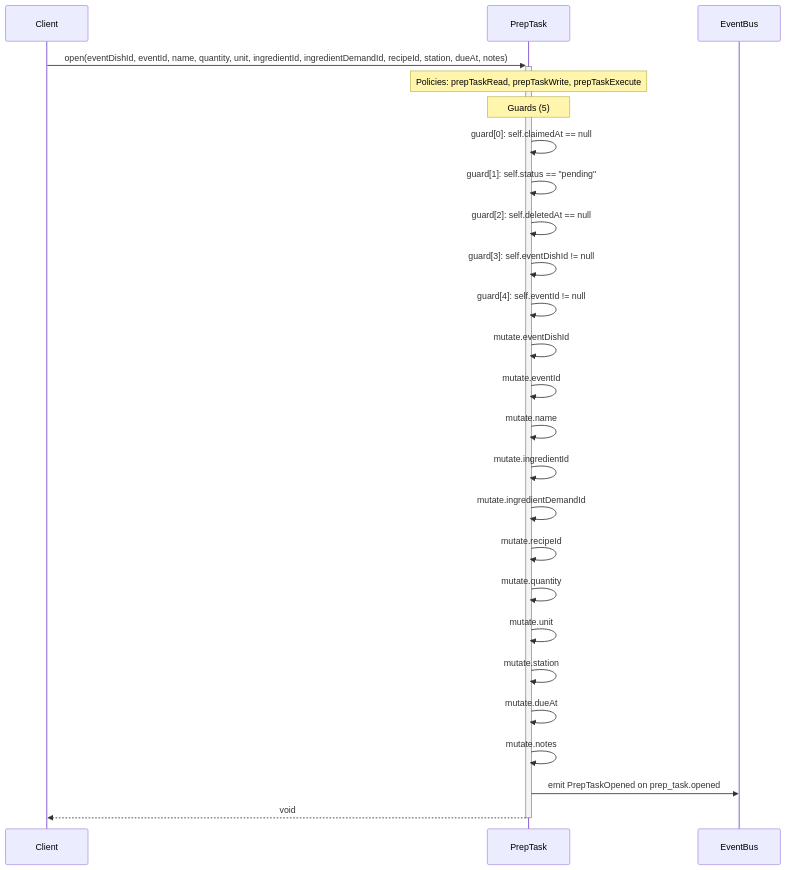
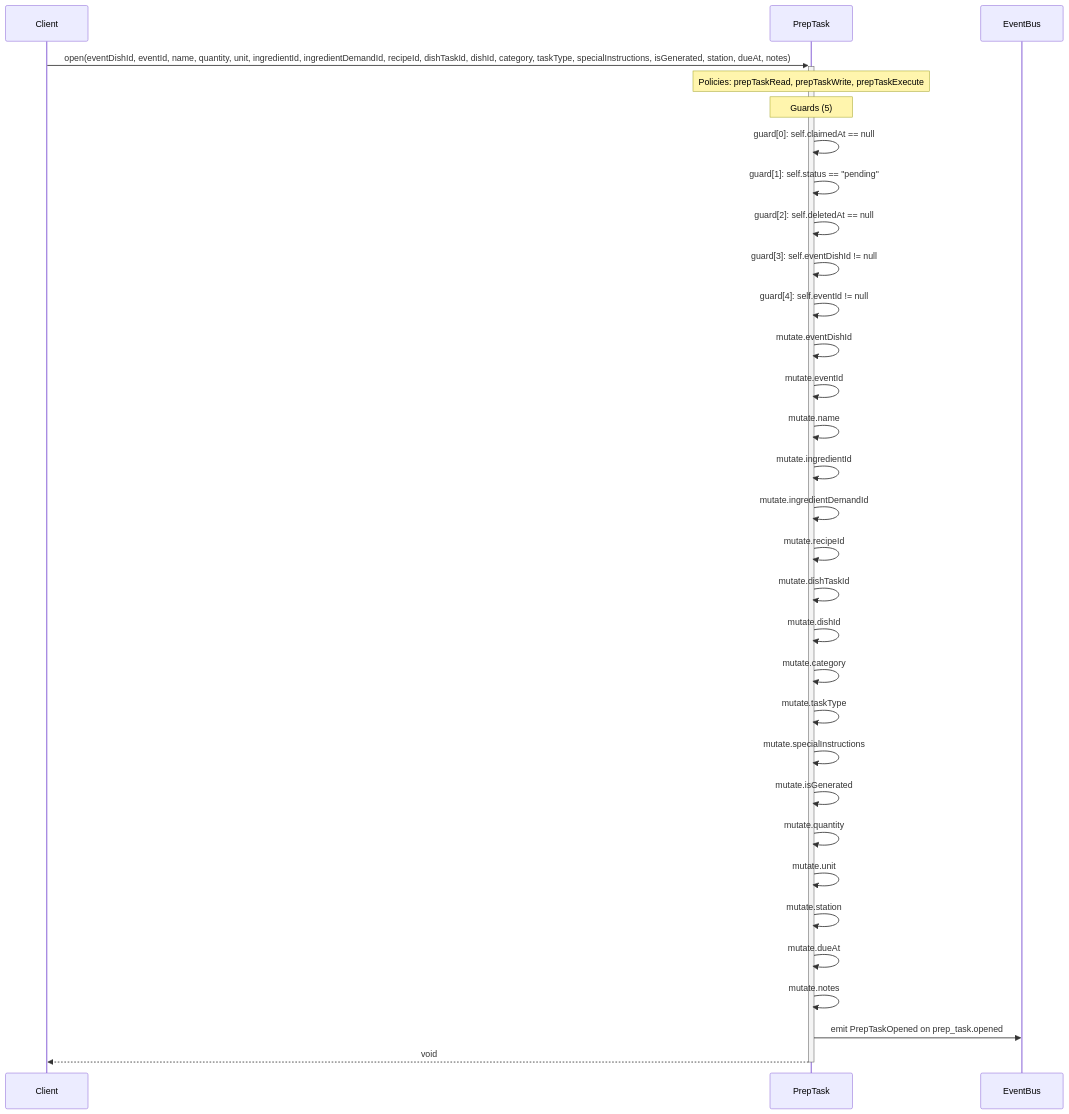
Before and after one commit to Angriff36/capsule: the diagram in diagrams/sequence-PrepTask-open.mmd, drawn with Mermaid. The commit also changed 42 other files, not shown here.

```diff
--- a/diagrams/sequence-PrepTask-open.mmd
+++ b/diagrams/sequence-PrepTask-open.mmd
@@ -1,25 +1,31 @@
 sequenceDiagram
     participant Client
     participant PrepTask as PrepTask
     participant EventBus
-    Client->>+PrepTask: open(eventDishId, eventId, name, quantity, unit, ingredientId, ingredientDemandId, recipeId, station, dueAt, notes)
+    Client->>+PrepTask: open(eventDishId, eventId, name, quantity, unit, ingredientId, ingredientDemandId, recipeId, dishTaskId, dishId, category, taskType, specialInstructions, isGenerated, station, dueAt, notes)
     Note over PrepTask: Policies: prepTaskRead, prepTaskWrite, prepTaskExecute
     Note over PrepTask: Guards (5)
     PrepTask->>PrepTask: guard[0]: self.claimedAt == null
     PrepTask->>PrepTask: guard[1]: self.status == #quot;pending#quot;
     PrepTask->>PrepTask: guard[2]: self.deletedAt == null
     PrepTask->>PrepTask: guard[3]: self.eventDishId != null
     PrepTask->>PrepTask: guard[4]: self.eventId != null
     PrepTask->>PrepTask: mutate.eventDishId
     PrepTask->>PrepTask: mutate.eventId
     PrepTask->>PrepTask: mutate.name
     PrepTask->>PrepTask: mutate.ingredientId
     PrepTask->>PrepTask: mutate.ingredientDemandId
     PrepTask->>PrepTask: mutate.recipeId
+    PrepTask->>PrepTask: mutate.dishTaskId
+    PrepTask->>PrepTask: mutate.dishId
+    PrepTask->>PrepTask: mutate.category
+    PrepTask->>PrepTask: mutate.taskType
+    PrepTask->>PrepTask: mutate.specialInstructions
+    PrepTask->>PrepTask: mutate.isGenerated
     PrepTask->>PrepTask: mutate.quantity
     PrepTask->>PrepTask: mutate.unit
     PrepTask->>PrepTask: mutate.station
     PrepTask->>PrepTask: mutate.dueAt
     PrepTask->>PrepTask: mutate.notes
     PrepTask->>EventBus: emit PrepTaskOpened on prep_task.opened
     PrepTask-->>-Client: void
```
